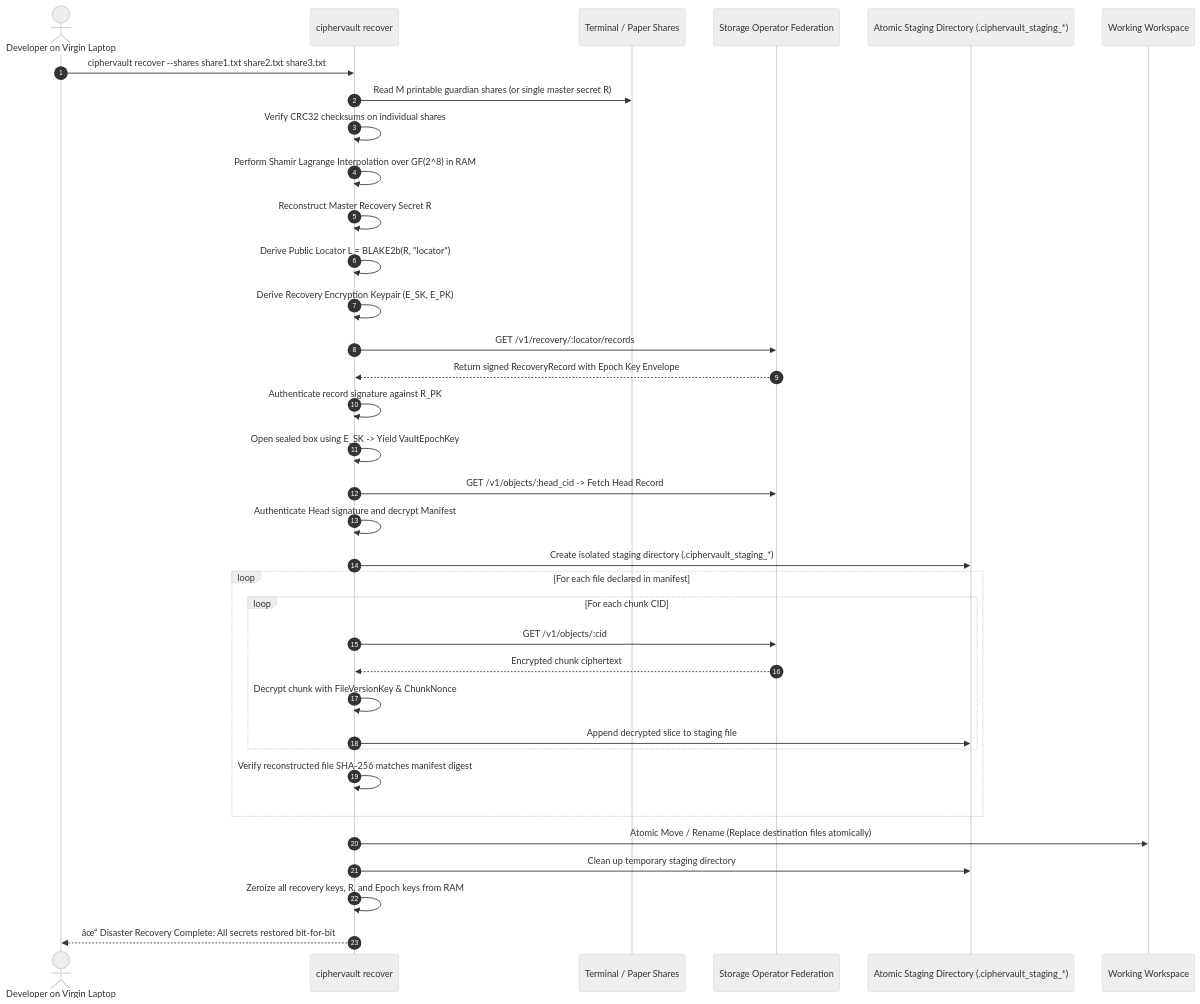
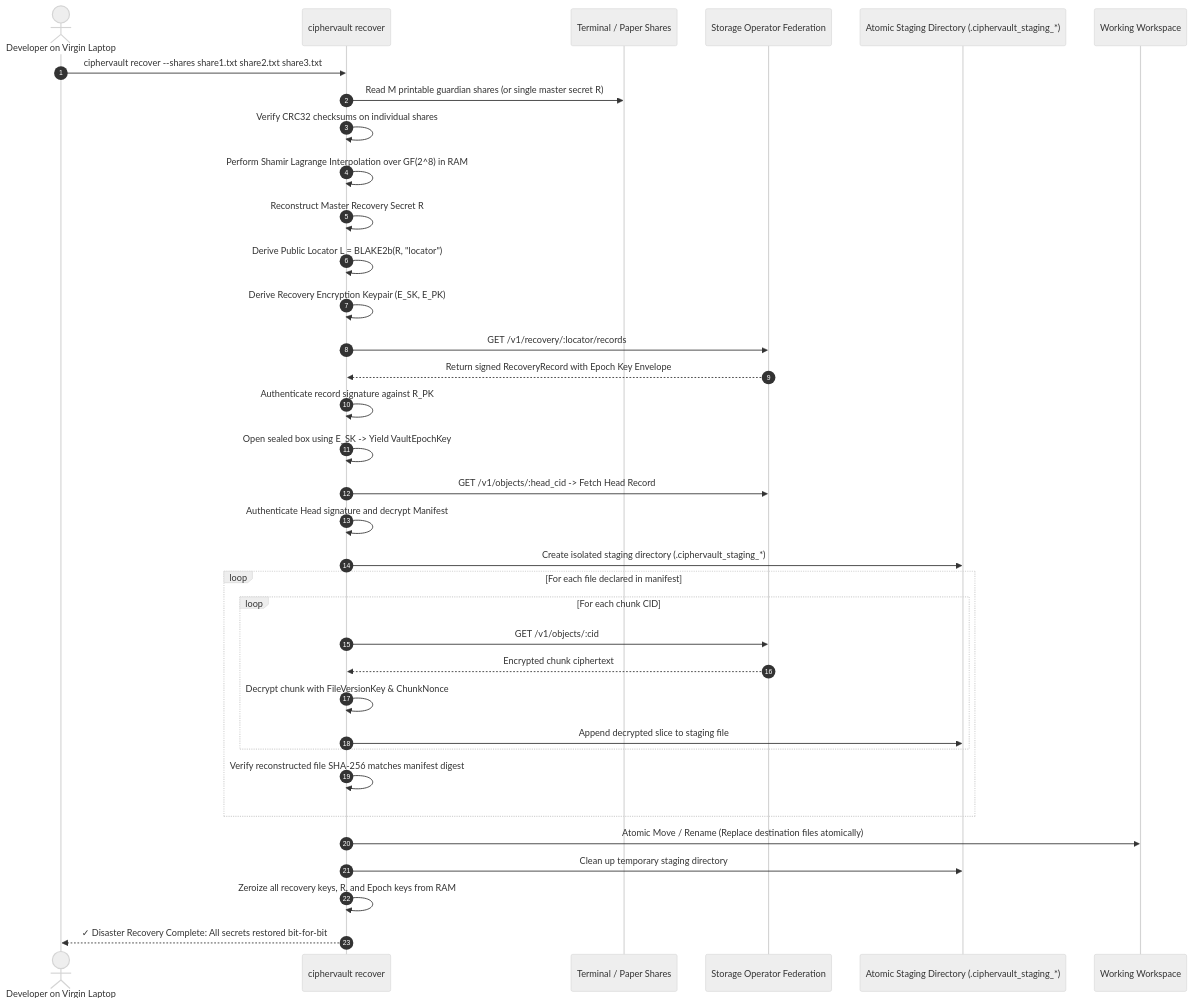
One commit to samuel-1-avson/CipherVault changed the seventh of 14 diagrams in docs/SYSTEM_WORKFLOW.md. Above: the diagram before and after it, drawn with Mermaid (neutral theme). The commit also changed other lines of this file and 1 other file, not shown here.

````diff
--- a/docs/SYSTEM_WORKFLOW.md
+++ b/docs/SYSTEM_WORKFLOW.md
@@ -382,42 +382,42 @@
 ```mermaid
 sequenceDiagram
     autonumber
     actor Dev as Developer on Virgin Laptop
     participant CLI as ciphervault recover
     participant Term as Terminal / Paper Shares
     participant Ops as Storage Operator Federation
     participant Restore as Atomic Staging Directory (.ciphervault_staging_*)
     participant Target as Working Workspace
 
     Dev->>CLI: ciphervault recover --shares share1.txt share2.txt share3.txt
     CLI->>Term: Read M printable guardian shares (or single master secret R)
     CLI->>CLI: Verify CRC32 checksums on individual shares
     CLI->>CLI: Perform Shamir Lagrange Interpolation over GF(2^8) in RAM
     CLI->>CLI: Reconstruct Master Recovery Secret R
     CLI->>CLI: Derive Public Locator L = BLAKE2b(R, "locator")
     CLI->>CLI: Derive Recovery Encryption Keypair (E_SK, E_PK)
     
     CLI->>Ops: GET /v1/recovery/:locator/records
     Ops-->>CLI: Return signed RecoveryRecord with Epoch Key Envelope
     CLI->>CLI: Authenticate record signature against R_PK
     CLI->>CLI: Open sealed box using E_SK -> Yield VaultEpochKey
     
     CLI->>Ops: GET /v1/objects/:head_cid -> Fetch Head Record
     CLI->>CLI: Authenticate Head signature and decrypt Manifest
     
     CLI->>Restore: Create isolated staging directory (.ciphervault_staging_*)
     loop For each file declared in manifest
         loop For each chunk CID
             CLI->>Ops: GET /v1/objects/:cid
             Ops-->>CLI: Encrypted chunk ciphertext
             CLI->>CLI: Decrypt chunk with FileVersionKey & ChunkNonce
             CLI->>Restore: Append decrypted slice to staging file
         end
         CLI->>CLI: Verify reconstructed file SHA-256 matches manifest digest
     end
     
     CLI->>Target: Atomic Move / Rename (Replace destination files atomically)
     CLI->>Restore: Clean up temporary staging directory
     CLI->>CLI: Zeroize all recovery keys, R, and Epoch keys from RAM
-    CLI-->>Dev: âœ“ Disaster Recovery Complete: All secrets restored bit-for-bit
+    CLI-->>Dev: ✓ Disaster Recovery Complete: All secrets restored bit-for-bit
 ```
````
